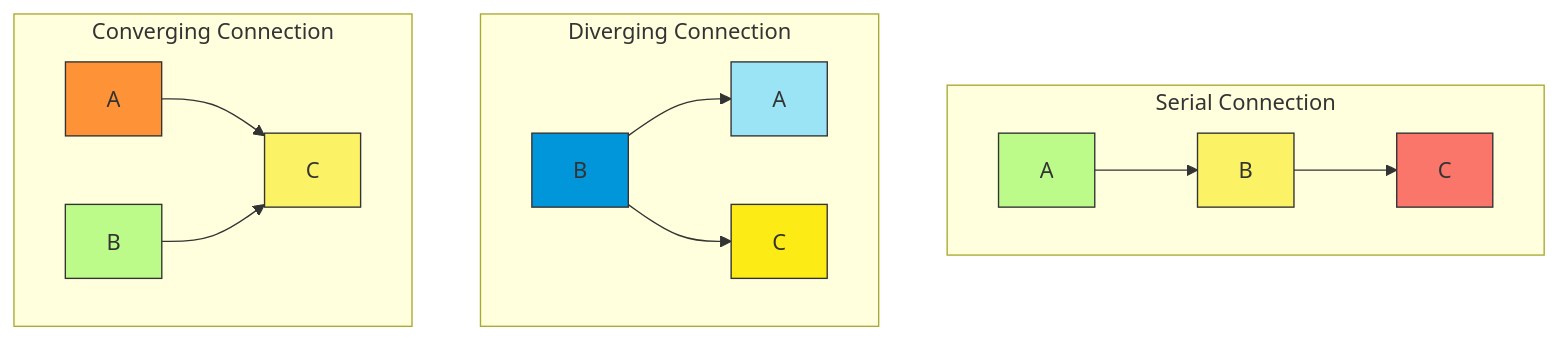
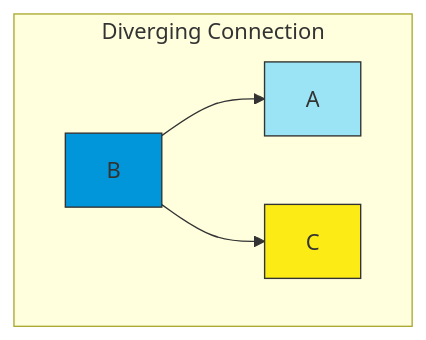
Before and after one commit to Chaklader/part-of-speech-tagging: the fourth of 14 diagrams in C_4.md, drawn with Mermaid. The commit also changed other lines of this file, not shown here.

````diff
--- a/C_4.md
+++ b/C_4.md
@@ -515,27 +521,11 @@
-```mermaid
-graph TD
-    subgraph "Serial Connection"
-    A1[A] --> B1[B]
-    B1 --> C1[C]
-    end
-    subgraph "Diverging Connection"
-    B2[B] --> A2[A]
-    B2 --> C2[C]
-    end
-    subgraph "Converging Connection"
-    A3[A] --> C3[C]
-    B3[B] --> C3
-    end
+        ```mermaid
+        graph TD
+            subgraph "Diverging Connection"
+            B2[B] --> A2[A]
+            B2 --> C2[C]
+            end
 
-    style A1 fill:#BCFB89,stroke:#333,stroke-width:1px
-    style B1 fill:#FBF266,stroke:#333,stroke-width:1px
-    style C1 fill:#FA756A,stroke:#333,stroke-width:1px
-
-    style A2 fill:#9AE4F5,stroke:#333,stroke-width:1px
-    style B2 fill:#0096D9,stroke:#333,stroke-width:1px
-    style C2 fill:#FCEB14,stroke:#333,stroke-width:1px
-
-    style A3 fill:#FE9237,stroke:#333,stroke-width:1px
-    style B3 fill:#BCFB89,stroke:#333,stroke-width:1px
-    style C3 fill:#FBF266,stroke:#333,stroke-width:1px
-```
+            style A2 fill:#9AE4F5,stroke:#333,stroke-width:1px
+            style B2 fill:#0096D9,stroke:#333,stroke-width:1px
+            style C2 fill:#FCEB14,stroke:#333,stroke-width:1px
+        ```
````
